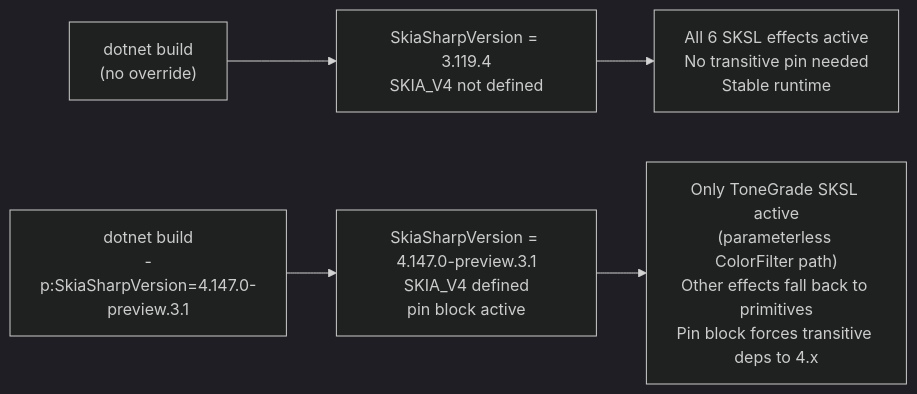
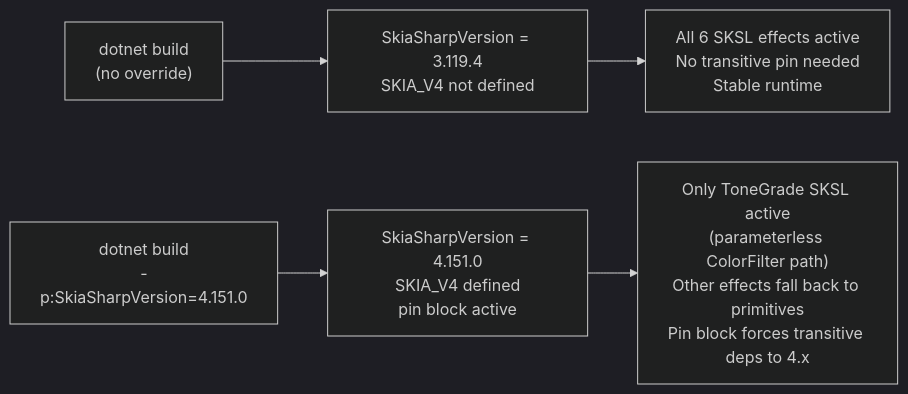
The tenth of 10 diagrams in Docs/UnoGallery/DESIGN.md (KahuaPlatform/skiasharp4-demos), drawn with Mermaid (dark theme) before and after one commit. The commit also changed other lines of this file and 45 other files, not shown here.

````diff
--- a/Docs/UnoGallery/DESIGN.md
+++ b/Docs/UnoGallery/DESIGN.md
@@ -453,8 +455,8 @@
 ```mermaid
 flowchart LR
     Default["dotnet build<br/>(no override)"] --> V3["SkiaSharpVersion = 3.119.4<br/>SKIA_V4 not defined"]
-    Override["dotnet build<br/>-p:SkiaSharpVersion=4.147.0-preview.3.1"] --> V4["SkiaSharpVersion = 4.147.0-preview.3.1<br/>SKIA_V4 defined<br/>pin block active"]
+    Override["dotnet build<br/>-p:SkiaSharpVersion=4.151.0"] --> V4["SkiaSharpVersion = 4.151.0<br/>SKIA_V4 defined<br/>pin block active"]
 
     V3 --> Outcome3["All 6 SKSL effects active<br/>No transitive pin needed<br/>Stable runtime"]
     V4 --> Outcome4["Only ToneGrade SKSL active<br/>(parameterless ColorFilter path)<br/>Other effects fall back to primitives<br/>Pin block forces transitive deps to 4.x"]
 ```
````
